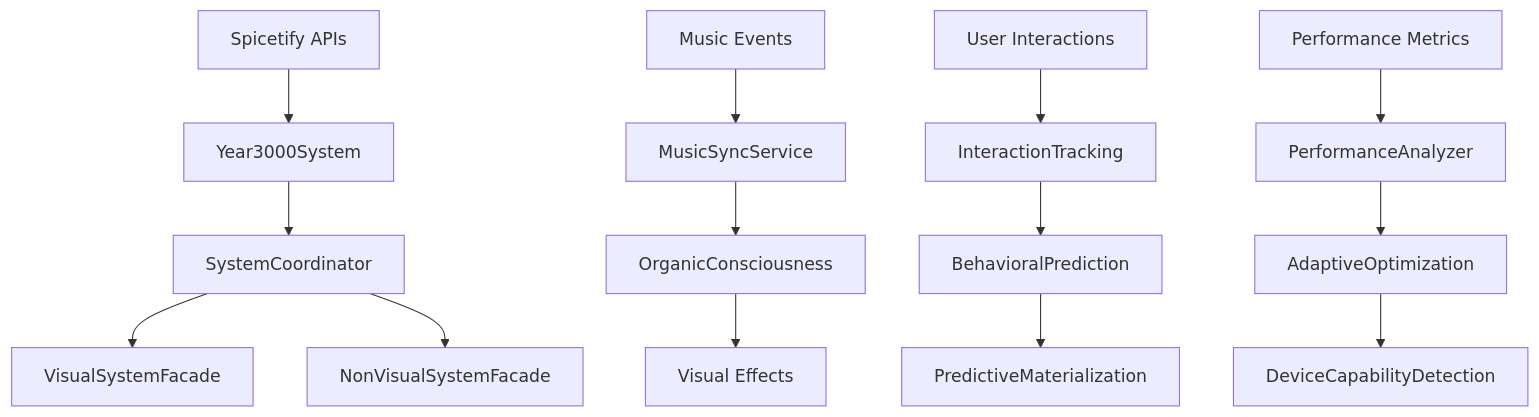
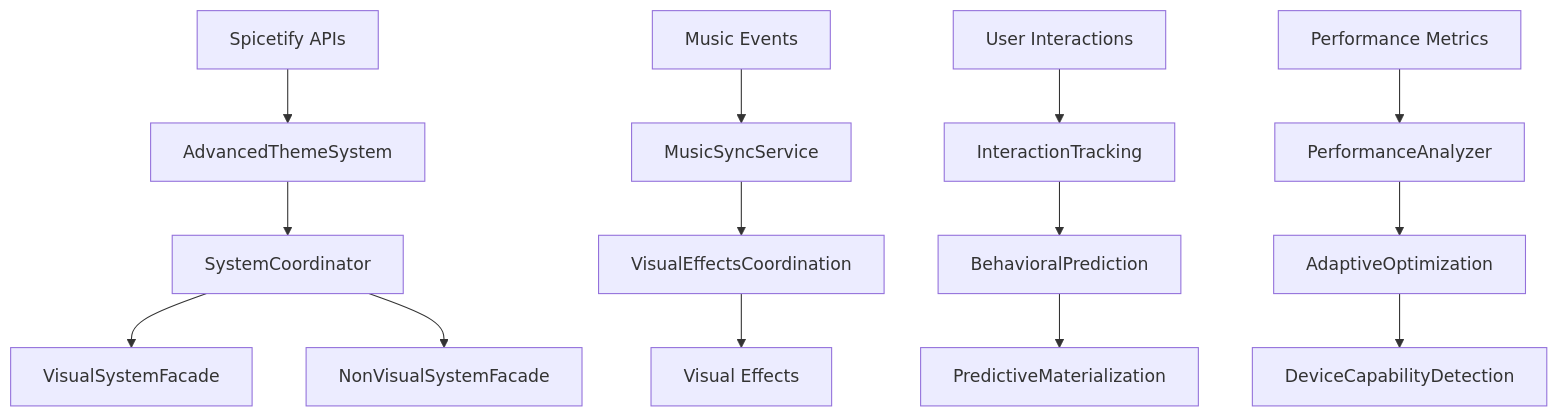
The diagram in docs/MASTER_ARCHITECTURE_OVERVIEW.md (minipuft/catppuccin-starrynight), drawn with Mermaid before and after one commit. The commit also changed other lines of this file and 207 other files, not shown here.

````diff
--- a/docs/MASTER_ARCHITECTURE_OVERVIEW.md
+++ b/docs/MASTER_ARCHITECTURE_OVERVIEW.md
@@ -79,19 +79,19 @@
 ```mermaid
 graph TD
-    A[Spicetify APIs] --> B[Year3000System]
+    A[Spicetify APIs] --> B[AdvancedThemeSystem]
     B --> C[SystemCoordinator]
     C --> D[VisualSystemFacade]
     C --> E[NonVisualSystemFacade]
     
     F[Music Events] --> G[MusicSyncService]
-    G --> H[OrganicConsciousness]
+    G --> H[VisualEffectsCoordination]
     H --> I[Visual Effects]
     
     J[User Interactions] --> K[InteractionTracking]
     K --> L[BehavioralPrediction]
     L --> M[PredictiveMaterialization]
     
     N[Performance Metrics] --> O[PerformanceAnalyzer]
     O --> P[AdaptiveOptimization]
     P --> Q[DeviceCapabilityDetection]
 ```
````
